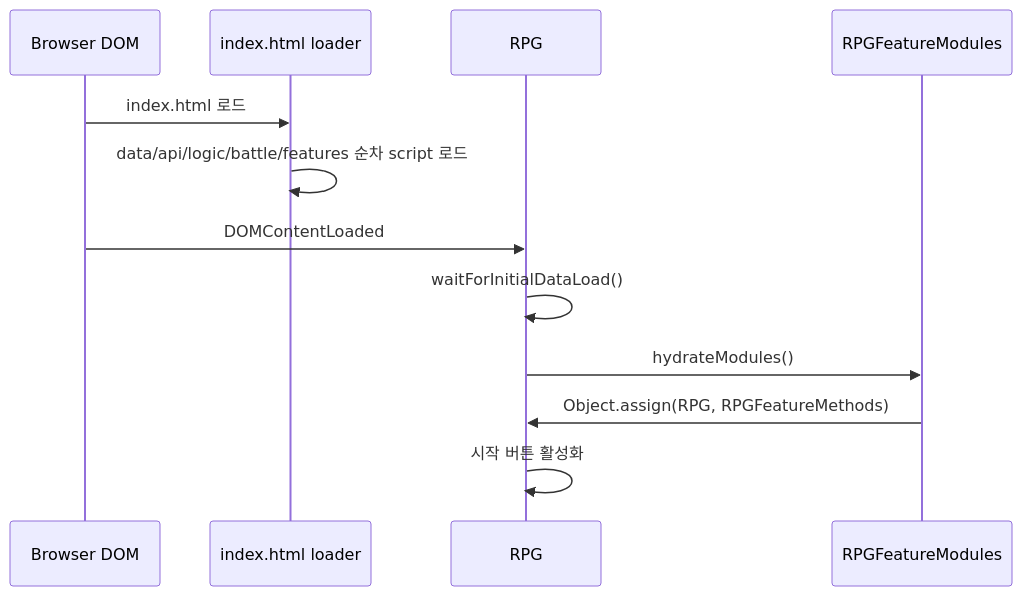
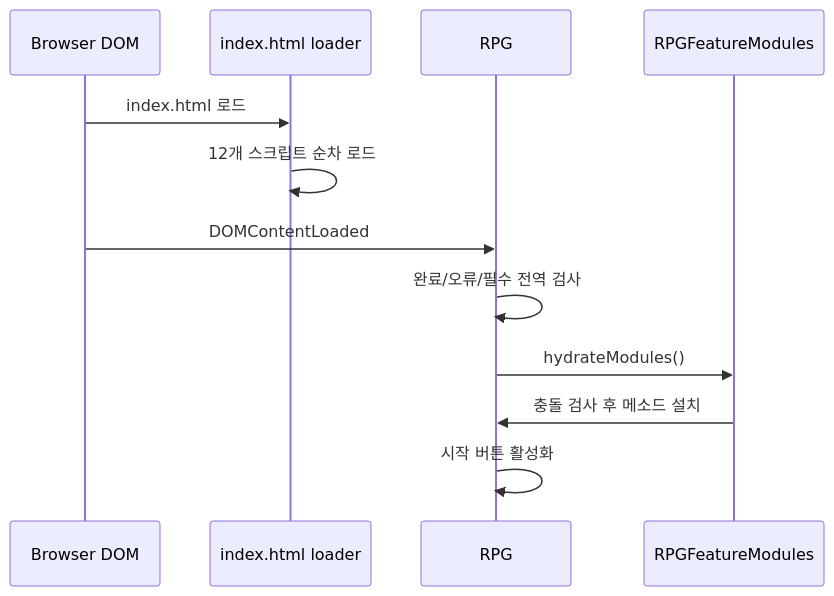
The second of 5 diagrams in card/card_game_structure.md (romarin0325-cell/Studying), drawn with Mermaid before and after one commit. The commit also changed other lines of this file and 17 other files, not shown here.

````diff
--- a/card/card_game_structure.md
+++ b/card/card_game_structure.md
@@ -74,15 +79,15 @@
 ```mermaid
 sequenceDiagram
     participant DOM as Browser DOM
     participant HTML as index.html loader
     participant RPG as RPG
     participant Features as RPGFeatureModules
 
     DOM->>HTML: index.html 로드
-    HTML->>HTML: data/api/logic/battle/features 순차 script 로드
+    HTML->>HTML: 12개 스크립트 순차 로드
     DOM->>RPG: DOMContentLoaded
-    RPG->>RPG: waitForInitialDataLoad()
+    RPG->>RPG: 완료/오류/필수 전역 검사
     RPG->>Features: hydrateModules()
-    Features->>RPG: Object.assign(RPG, RPGFeatureMethods)
+    Features->>RPG: 충돌 검사 후 메소드 설치
     RPG->>RPG: 시작 버튼 활성화
 ```
````
